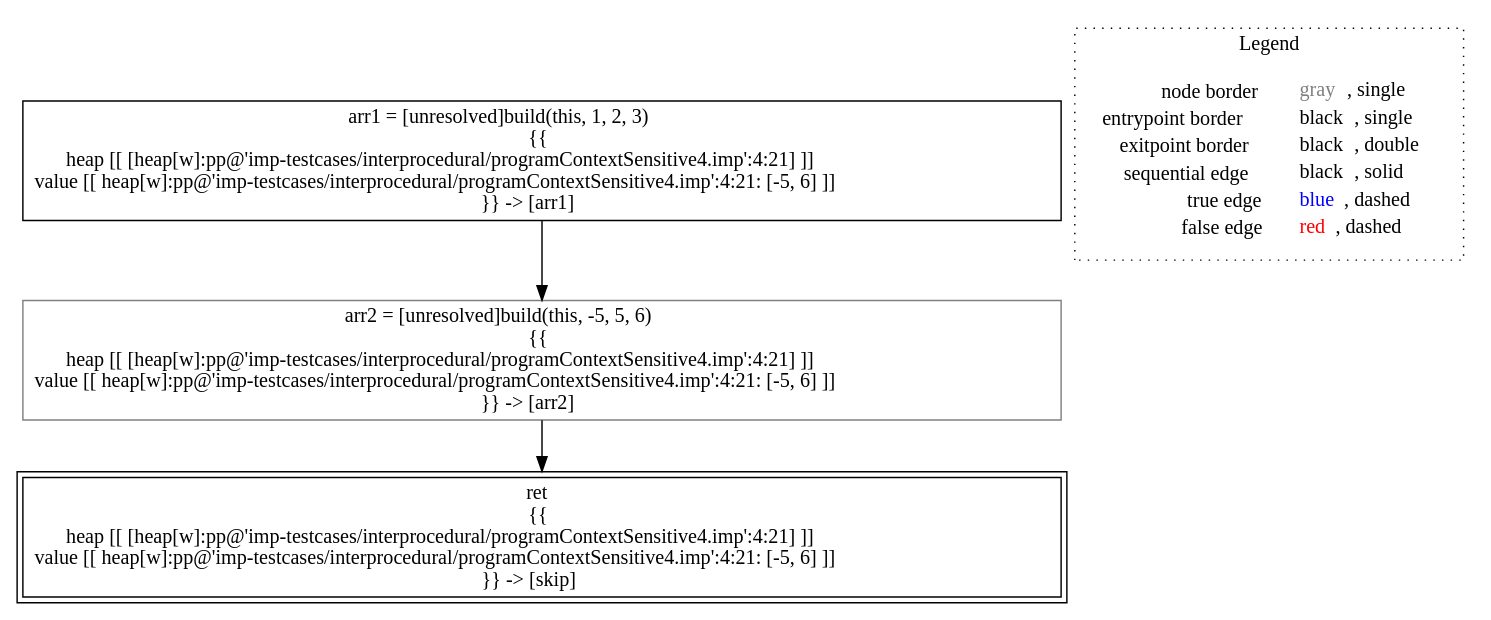
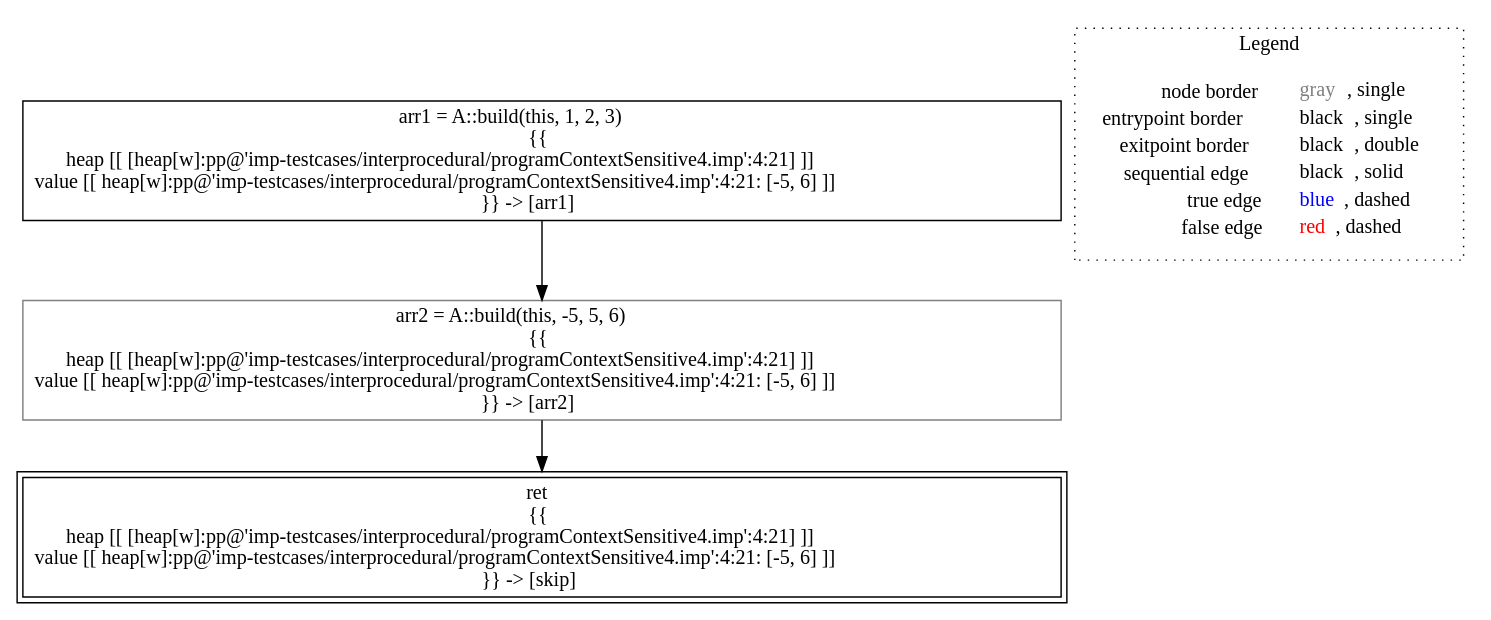
One commit to lisa-analyzer/lisa changed the diagram in lisa/lisa-core/imp-testcases/interprocedural/RTAContextSensitive5/analysis___untyped_A.main(A_this).dot. Above: the diagram before and after it, drawn with Graphviz. The commit also changed 42 other files, not shown here.

```diff
--- a/lisa/lisa-core/imp-testcases/interprocedural/RTAContextSensitive5/analysis___untyped_A.main(A_this).dot
+++ b/lisa/lisa-core/imp-testcases/interprocedural/RTAContextSensitive5/analysis___untyped_A.main(A_this).dot
@@ -1,14 +1,14 @@
 digraph {
-	"node0" [shape="rect",color="black",label=<arr1 = [unresolved]build(this, 1, 2, 3)<BR/>{{<BR/>heap [[ [heap[w]:pp@'imp-testcases/interprocedural/programContextSensitive4.imp':4:21] ]]<BR/>value [[ heap[w]:pp@'imp-testcases/interprocedural/programContextSensitive4.imp':4:21: [-5, 6] ]]<BR/>}} -&gt; [arr1]>];
-	"node1" [shape="rect",color="gray",label=<arr2 = [unresolved]build(this, -5, 5, 6)<BR/>{{<BR/>heap [[ [heap[w]:pp@'imp-testcases/interprocedural/programContextSensitive4.imp':4:21] ]]<BR/>value [[ heap[w]:pp@'imp-testcases/interprocedural/programContextSensitive4.imp':4:21: [-5, 6] ]]<BR/>}} -&gt; [arr2]>];
+	"node0" [shape="rect",color="black",label=<arr1 = A::build(this, 1, 2, 3)<BR/>{{<BR/>heap [[ [heap[w]:pp@'imp-testcases/interprocedural/programContextSensitive4.imp':4:21] ]]<BR/>value [[ heap[w]:pp@'imp-testcases/interprocedural/programContextSensitive4.imp':4:21: [-5, 6] ]]<BR/>}} -&gt; [arr1]>];
+	"node1" [shape="rect",color="gray",label=<arr2 = A::build(this, -5, 5, 6)<BR/>{{<BR/>heap [[ [heap[w]:pp@'imp-testcases/interprocedural/programContextSensitive4.imp':4:21] ]]<BR/>value [[ heap[w]:pp@'imp-testcases/interprocedural/programContextSensitive4.imp':4:21: [-5, 6] ]]<BR/>}} -&gt; [arr2]>];
 	"node2" [shape="rect",color="black",peripheries="2",label=<ret<BR/>{{<BR/>heap [[ [heap[w]:pp@'imp-testcases/interprocedural/programContextSensitive4.imp':4:21] ]]<BR/>value [[ heap[w]:pp@'imp-testcases/interprocedural/programContextSensitive4.imp':4:21: [-5, 6] ]]<BR/>}} -&gt; [skip]>];
+	"node1" -> "node2" [color="black"];
 	"node0" -> "node1" [color="black"];
-	"node1" -> "node2" [color="black"];
 subgraph cluster_legend {
 	label="Legend";
 	style=dotted;
 	node [shape=plaintext];
 	"legend" [label=<<table border="0" cellpadding="2" cellspacing="0" cellborder="0"><tr><td align="right">node border&nbsp;</td><td align="left"><font color="gray">gray</font>, single</td></tr><tr><td align="right">entrypoint border&nbsp;</td><td align="left"><font color="black">black</font>, single</td></tr><tr><td align="right">exitpoint border&nbsp;</td><td align="left"><font color="black">black</font>, double</td></tr><tr><td align="right">sequential edge&nbsp;</td><td align="left"><font color="black">black</font>, solid</td></tr><tr><td align="right">true edge&nbsp;</td><td align="left"><font color="blue">blue</font>, dashed</td></tr><tr><td align="right">false edge&nbsp;</td><td align="left"><font color="red">red</font>, dashed</td></tr></table>>];
 }
 
 }
```
